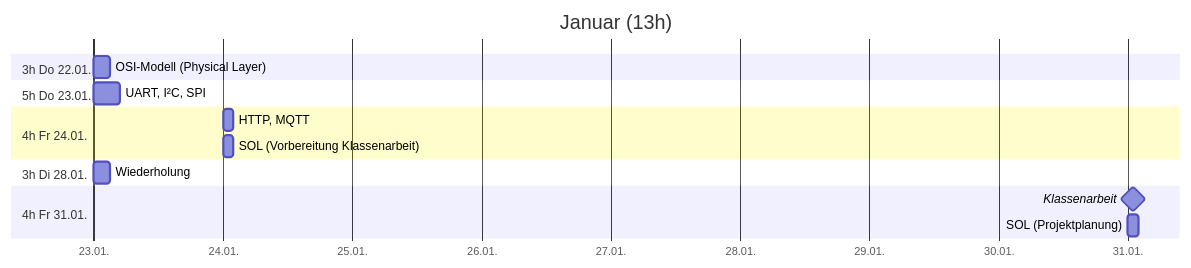
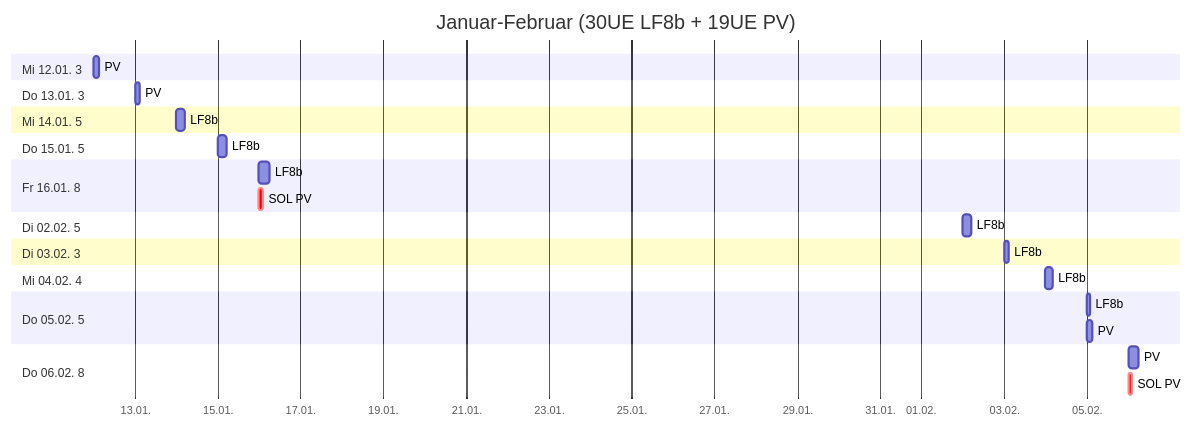
One commit to jonasnemeth/LF7 changed the fourth of 6 diagrams in src/plan.md. Above: the diagram before and after it, drawn with Mermaid. The commit also changed other lines of this file and 6 other files, not shown here.

````diff
--- a/src/plan.md
+++ b/src/plan.md
@@ -47,18 +55,29 @@
 ```mermaid
 gantt
- title Januar (13h)
+ title Januar-Februar (30UE LF8b + 19UE PV)
  dateFormat YYYY-MM-DD
  axisFormat %d.%m.
- section 3h Do 22.01.
-  OSI-Modell (Physical Layer) :2025-01-23, 3h
- section 5h Do 23.01.
-  UART, I²C, SPI              :2025-01-23, 5h
- section 4h Fr 24.01.
-  HTTP, MQTT                  :2025-01-24, 2h
-  SOL (Vorbereitung Klassenarbeit)  :2025-01-24, 2h
- section 3h Di 28.01.
-  Wiederholung                :2025-01-23, 3h
- section 4h Fr 31.01.
-  Klassenarbeit               :milestone, 2025-01-31, 2h
-  SOL (Projektplanung)        :2025-01-31, 2h
+ section Mi 12.01. 3
+  PV                          :2026-01-12, 3h
+ section Do 13.01. 3
+  PV                          :2026-01-13, 3h
+ section Mi 14.01. 5
+  LF8b                        :2026-01-14, 5h
+ section Do 15.01. 5
+  LF8b                        :2026-01-15, 5h
+ section Fr 16.01. 8
+  LF8b                        :2026-01-16, 6h
+  SOL PV                      :crit, 2026-01-16, 2h
+ section Di 02.02. 5
+  LF8b                        :2026-02-02, 5h
+ section Di 03.02. 3
+  LF8b                        :2026-02-03, 3h
+ section Mi 04.02. 4
+  LF8b                        :2026-02-04, 4h
+ section Do 05.02. 5
+  LF8b                        :2026-02-05, 2h
+  PV                          :2026-02-05, 3h
+ section Do 06.02. 8
+  PV                          :2026-02-06, 6h
+  SOL PV                      :crit, 2026-02-06, 2h
 ```
````
